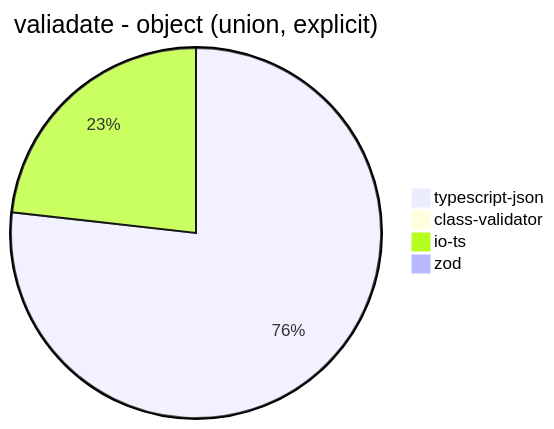
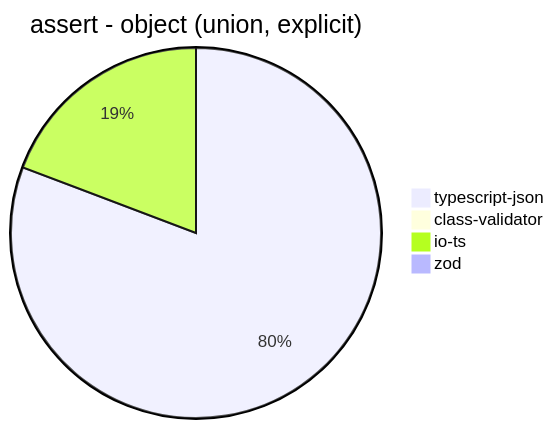
Before and after one commit to samchon/typia: diagram 11 of 40 in benchmark/results/AMD Ryzen 7 5800H with Radeon Graphics.md, drawn with Mermaid. The commit also changed other lines of this file and 4 other files, not shown here.

````diff
--- a/benchmark/results/AMD Ryzen 7 5800H with Radeon Graphics.md
+++ b/benchmark/results/AMD Ryzen 7 5800H with Radeon Graphics.md
@@ -136,7 +136,7 @@
 ```mermaid
-pie title valiadate - object (union, explicit)
-  "typescript-json": 4059.1877617920236
-  "class-validator": 16.802067946824224
-  "io-ts": 1227.5774596847255
-  "zod": 35.360149672591206
+pie title assert - object (union, explicit)
+  "typescript-json": 4944.8635057471265
+  "class-validator": 16.414607156030986
+  "io-ts": 1177.683013503909
+  "zod": 33.64785472672245
 ```
````
